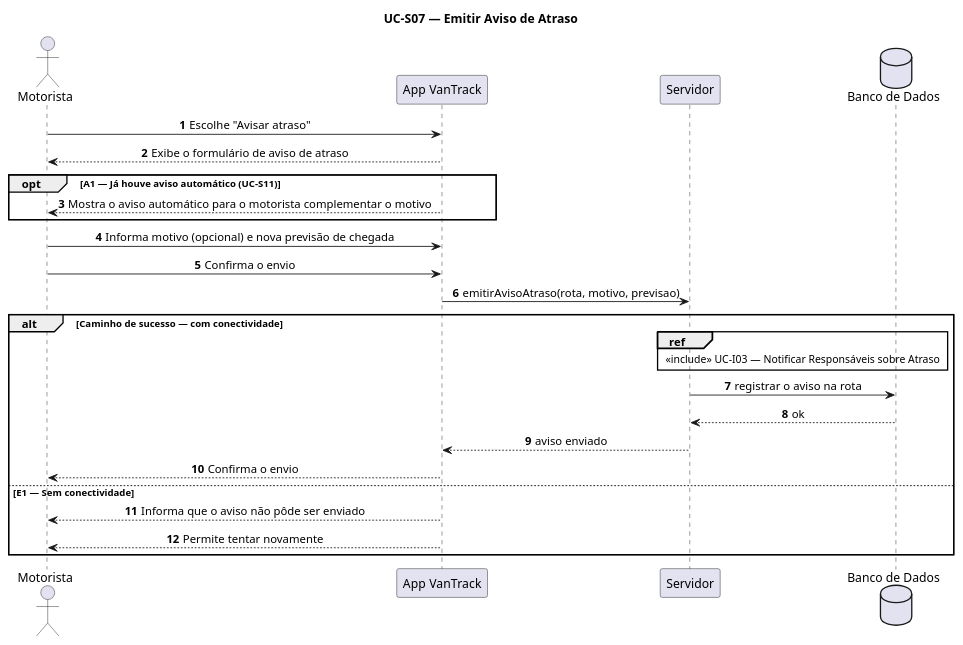
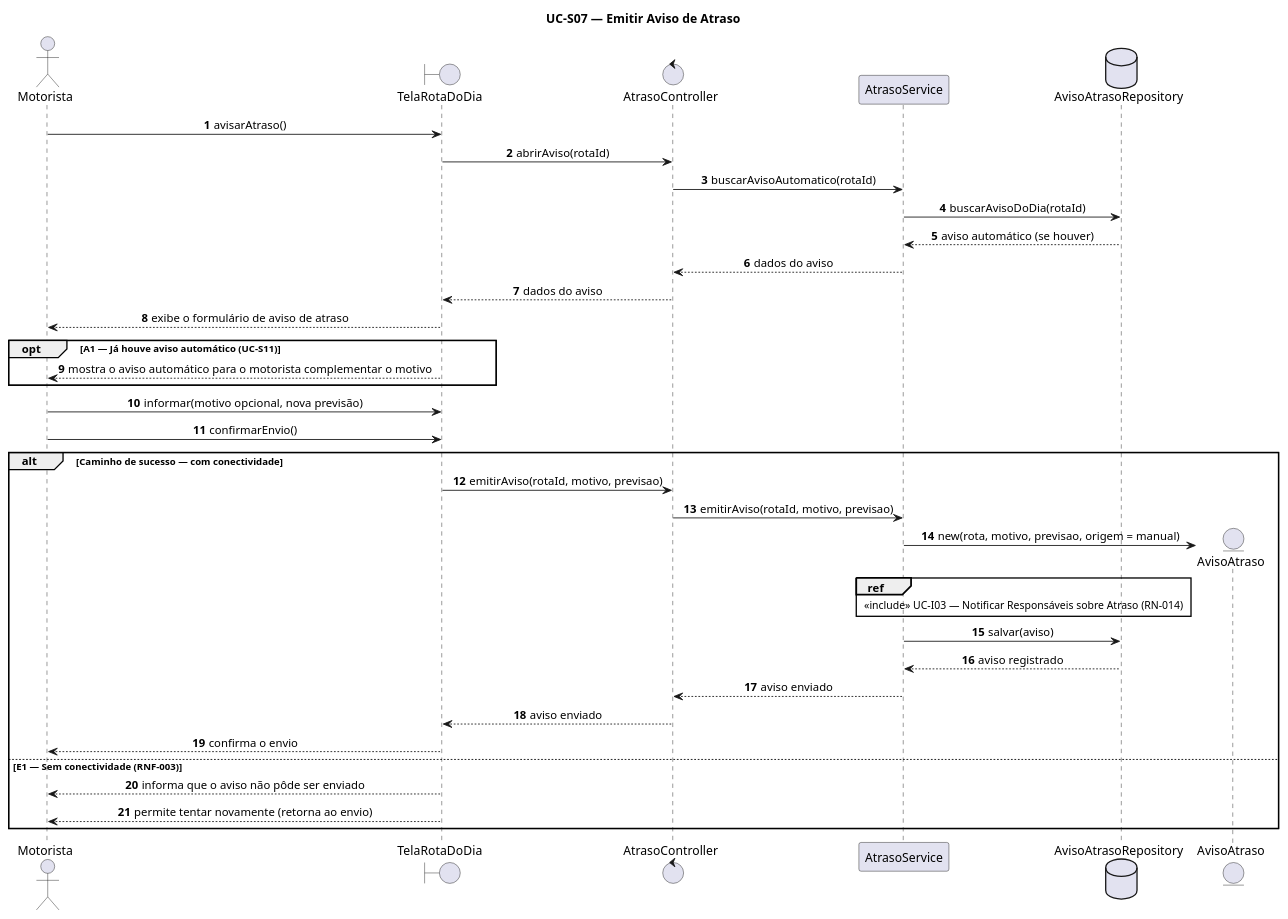
Before and after one commit to luisgustavoribeirodefreitas/VanTrack: the diagram in documentos/atividade-04/scripts/UC-S07.puml, drawn with PlantUML. The commit also changed 63 other files, not shown here.

```diff
--- a/documentos/atividade-04/scripts/UC-S07.puml
+++ b/documentos/atividade-04/scripts/UC-S07.puml
@@ -1,32 +1,46 @@
 @startuml UC-S07
 title UC-S07 — Emitir Aviso de Atraso
 skinparam sequenceMessageAlign center
+skinparam responseMessageBelowArrow true
 autonumber
 
 actor "Motorista" as M
-participant "App VanTrack" as App
-participant "Servidor" as API
-database "Banco de Dados" as DB
+boundary "TelaRotaDoDia" as T
+control "AtrasoController" as C
+participant "AtrasoService" as S
+database "AvisoAtrasoRepository" as ARepo
 
-M -> App : Escolhe "Avisar atraso"
-App --> M : Exibe o formulário de aviso de atraso
+M -> T : avisarAtraso()
+T -> C : abrirAviso(rotaId)
+C -> S : buscarAvisoAutomatico(rotaId)
+S -> ARepo : buscarAvisoDoDia(rotaId)
+ARepo --> S : aviso automático (se houver)
+S --> C : dados do aviso
+C --> T : dados do aviso
+T --> M : exibe o formulário de aviso de atraso
 
 opt A1 — Já houve aviso automático (UC-S11)
-    App --> M : Mostra o aviso automático para o motorista complementar o motivo
+    T --> M : mostra o aviso automático para o motorista complementar o motivo
 end
 
-M -> App : Informa motivo (opcional) e nova previsão de chegada
-M -> App : Confirma o envio
-App -> API : emitirAvisoAtraso(rota, motivo, previsao)
+M -> T : informar(motivo opcional, nova previsão)
+M -> T : confirmarEnvio()
 
 alt Caminho de sucesso — com conectividade
-    ref over API, DB : «include» UC-I03 — Notificar Responsáveis sobre Atraso
-    API -> DB : registrar o aviso na rota
-    DB --> API : ok
-    API --> App : aviso enviado
-    App --> M : Confirma o envio
-else E1 — Sem conectividade
-    App --> M : Informa que o aviso não pôde ser enviado
-    App --> M : Permite tentar novamente
+    T -> C : emitirAviso(rotaId, motivo, previsao)
+    C -> S : emitirAviso(rotaId, motivo, previsao)
+    create entity "AvisoAtraso" as A
+    S -> A : new(rota, motivo, previsao, origem = manual)
+
+    ref over S, ARepo : «include» UC-I03 — Notificar Responsáveis sobre Atraso (RN-014)
+
+    S -> ARepo : salvar(aviso)
+    ARepo --> S : aviso registrado
+    S --> C : aviso enviado
+    C --> T : aviso enviado
+    T --> M : confirma o envio
+else E1 — Sem conectividade (RNF-003)
+    T --> M : informa que o aviso não pôde ser enviado
+    T --> M : permite tentar novamente (retorna ao envio)
 end
 @enduml
```
